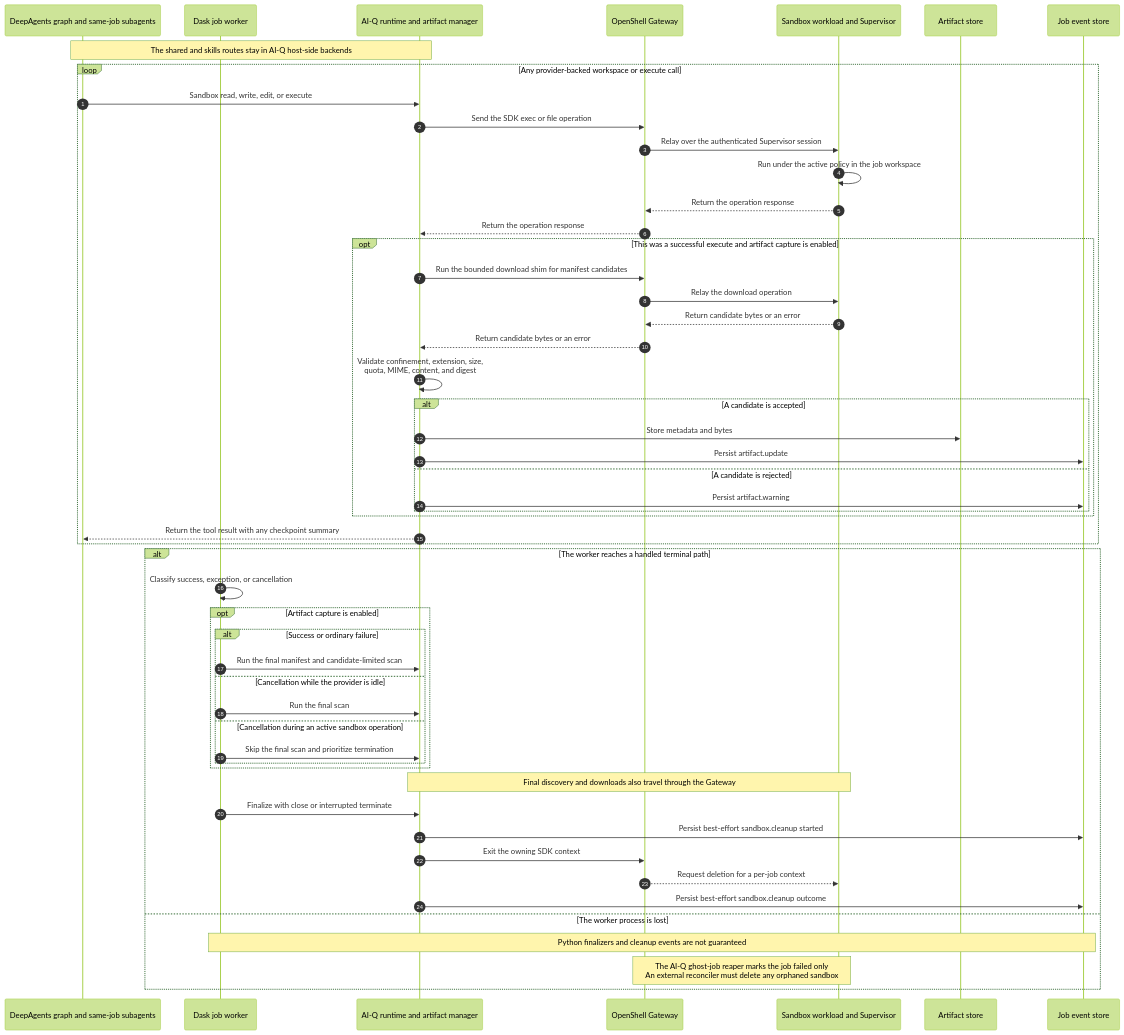
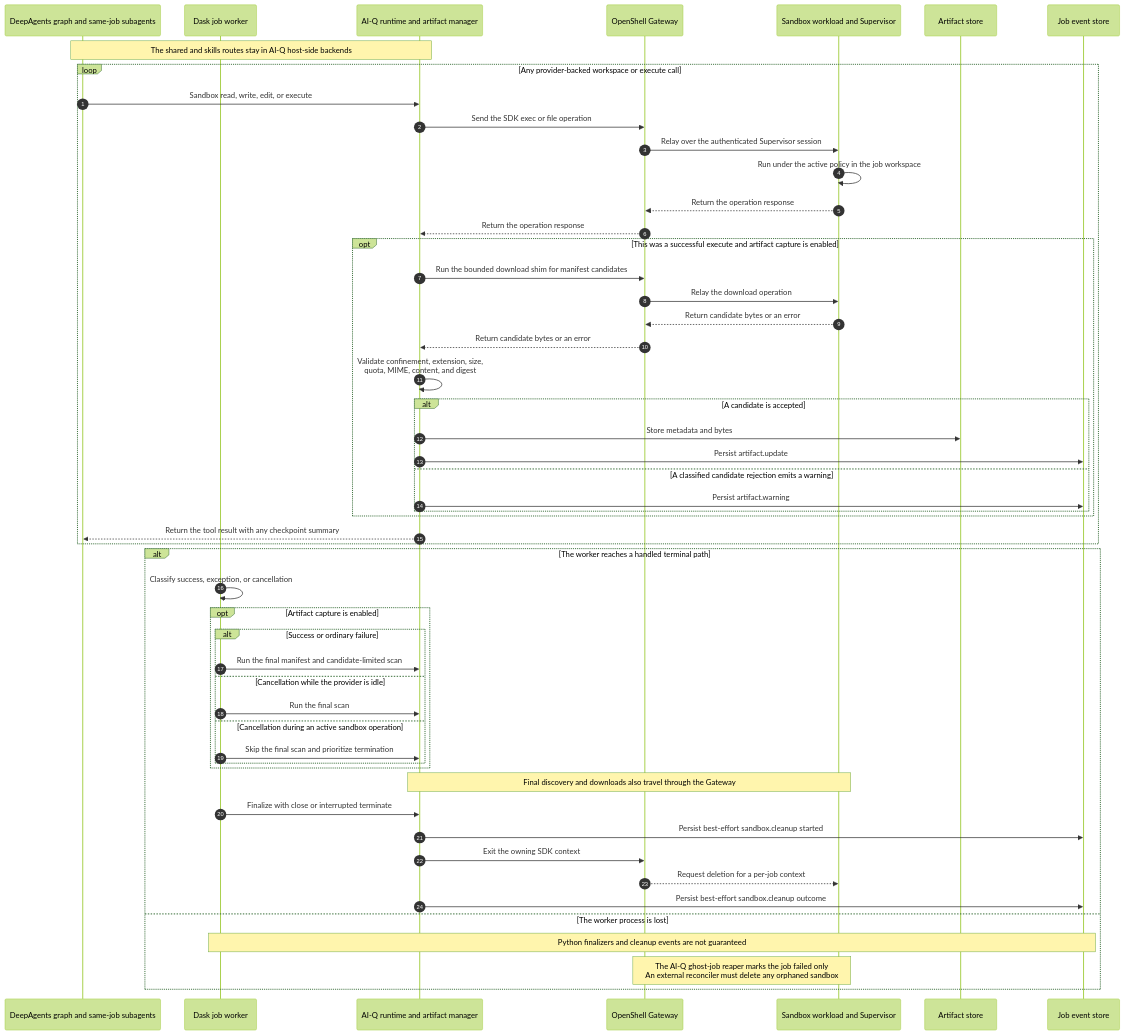
One commit to KyleZheng1284/aiq-research-assistant-kyle-fork changed the second of 2 diagrams in src/aiq_agent/agents/deep_researcher/sandbox/README.md. Above: the diagram before and after it, drawn with Mermaid (forest theme). The commit also changed other lines of this file, not shown here.

````diff
--- a/src/aiq_agent/agents/deep_researcher/sandbox/README.md
+++ b/src/aiq_agent/agents/deep_researcher/sandbox/README.md
@@ -325,58 +326,58 @@
 ```mermaid
 sequenceDiagram
     autonumber
     participant Graph as DeepAgents graph and same-job subagents
     participant Worker as Dask job worker
     participant Runtime as AI-Q runtime and artifact manager
     participant Gateway as OpenShell Gateway
     participant Sandbox as Sandbox workload and Supervisor
     participant Artifacts as Artifact store
     participant Events as Job event store
 
     Note over Graph,Runtime: The shared and skills routes stay in AI-Q host-side backends
     loop Any provider-backed workspace or execute call
         Graph->>Runtime: Sandbox read, write, edit, or execute
         Runtime->>Gateway: Send the SDK exec or file operation
         Gateway->>Sandbox: Relay over the authenticated Supervisor session
         Sandbox->>Sandbox: Run under the active policy in the job workspace
         Sandbox-->>Gateway: Return the operation response
         Gateway-->>Runtime: Return the operation response
 
         opt This was a successful execute and artifact capture is enabled
             Runtime->>Gateway: Run the bounded download shim for manifest candidates
             Gateway->>Sandbox: Relay the download operation
             Sandbox-->>Gateway: Return candidate bytes or an error
             Gateway-->>Runtime: Return candidate bytes or an error
             Runtime->>Runtime: Validate confinement, extension, size,<br/>quota, MIME, content, and digest
             alt A candidate is accepted
                 Runtime->>Artifacts: Store metadata and bytes
                 Runtime->>Events: Persist artifact.update
-            else A candidate is rejected
+            else A classified candidate rejection emits a warning
                 Runtime->>Events: Persist artifact.warning
             end
         end
         Runtime-->>Graph: Return the tool result with any checkpoint summary
     end
 
     alt The worker reaches a handled terminal path
         Worker->>Worker: Classify success, exception, or cancellation
         opt Artifact capture is enabled
             alt Success or ordinary failure
                 Worker->>Runtime: Run the final manifest and candidate-limited scan
             else Cancellation while the provider is idle
                 Worker->>Runtime: Run the final scan
             else Cancellation during an active sandbox operation
                 Worker->>Runtime: Skip the final scan and prioritize termination
             end
         end
         Note over Runtime,Sandbox: Final discovery and downloads also travel through the Gateway
         Worker->>Runtime: Finalize with close or interrupted terminate
         Runtime->>Events: Persist best-effort sandbox.cleanup started
         Runtime->>Gateway: Exit the owning SDK context
         Gateway-->>Sandbox: Request deletion for a per-job context
         Runtime->>Events: Persist best-effort sandbox.cleanup outcome
     else The worker process is lost
         Note over Worker,Events: Python finalizers and cleanup events are not guaranteed
         Note over Gateway,Sandbox: The AI-Q ghost-job reaper marks the job failed only<br/>An external reconciler must delete any orphaned sandbox
     end
 ```
````
